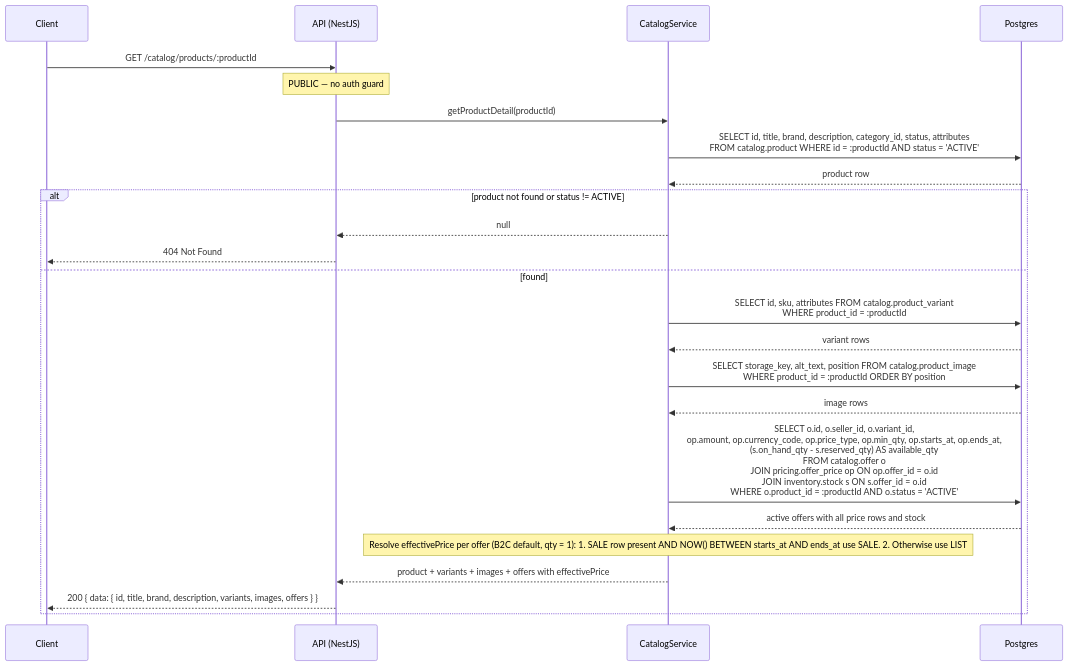
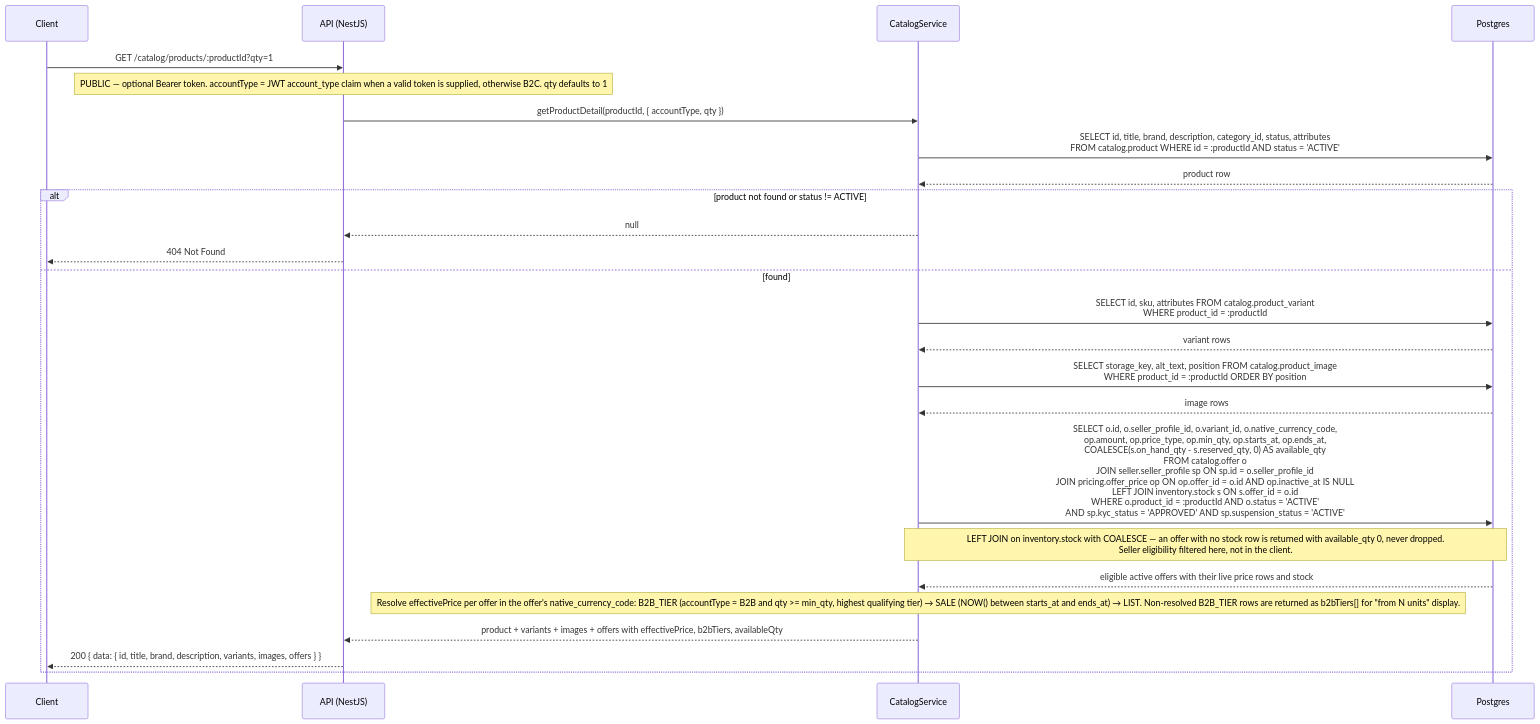
The fourth of 5 diagrams in phase-1/technical-design/api-design/catalog.md (alisa-uthi/aliceut-ecom-document), drawn with Mermaid before and after one commit. The commit also changed other lines of this file and 73 other files, not shown here.

````diff
--- a/phase-1/technical-design/api-design/catalog.md
+++ b/phase-1/technical-design/api-design/catalog.md
@@ -222,27 +243,28 @@
 ```mermaid
 sequenceDiagram
     participant Client
     participant API as API (NestJS)
     participant CatalogService
     participant Postgres
 
-    Client->>API: GET /catalog/products/:productId
-    Note over API: PUBLIC — no auth guard
-    API->>CatalogService: getProductDetail(productId)
+    Client->>API: GET /catalog/products/:productId?qty=1
+    Note over API: PUBLIC — optional Bearer token. accountType = JWT account_type claim when a valid token is supplied, otherwise B2C. qty defaults to 1
+    API->>CatalogService: getProductDetail(productId, { accountType, qty })
     CatalogService->>Postgres: SELECT id, title, brand, description, category_id, status, attributes<br/>FROM catalog.product WHERE id = :productId AND status = 'ACTIVE'
     Postgres-->>CatalogService: product row
     alt product not found or status != ACTIVE
         CatalogService-->>API: null
         API-->>Client: 404 Not Found
     else found
         CatalogService->>Postgres: SELECT id, sku, attributes FROM catalog.product_variant<br/>WHERE product_id = :productId
         Postgres-->>CatalogService: variant rows
         CatalogService->>Postgres: SELECT storage_key, alt_text, position FROM catalog.product_image<br/>WHERE product_id = :productId ORDER BY position
         Postgres-->>CatalogService: image rows
-        CatalogService->>Postgres: SELECT o.id, o.seller_id, o.variant_id,<br/>op.amount, op.currency_code, op.price_type, op.min_qty, op.starts_at, op.ends_at,<br/>(s.on_hand_qty - s.reserved_qty) AS available_qty<br/>FROM catalog.offer o<br/>JOIN pricing.offer_price op ON op.offer_id = o.id<br/>JOIN inventory.stock s ON s.offer_id = o.id<br/>WHERE o.product_id = :productId AND o.status = 'ACTIVE'
-        Postgres-->>CatalogService: active offers with all price rows and stock
-        Note over CatalogService: Resolve effectivePrice per offer (B2C default, qty = 1): 1. SALE row present AND NOW() BETWEEN starts_at AND ends_at use SALE. 2. Otherwise use LIST
-        CatalogService-->>API: product + variants + images + offers with effectivePrice
+        CatalogService->>Postgres: SELECT o.id, o.seller_profile_id, o.variant_id, o.native_currency_code,<br/>op.amount, op.price_type, op.min_qty, op.starts_at, op.ends_at,<br/>COALESCE(s.on_hand_qty - s.reserved_qty, 0) AS available_qty<br/>FROM catalog.offer o<br/>JOIN seller.seller_profile sp ON sp.id = o.seller_profile_id<br/>JOIN pricing.offer_price op ON op.offer_id = o.id AND op.inactive_at IS NULL<br/>LEFT JOIN inventory.stock s ON s.offer_id = o.id<br/>WHERE o.product_id = :productId AND o.status = 'ACTIVE'<br/>AND sp.kyc_status = 'APPROVED' AND sp.suspension_status = 'ACTIVE'
+        Note over CatalogService,Postgres: LEFT JOIN on inventory.stock with COALESCE — an offer with no stock row is returned with available_qty 0, never dropped.<br/>Seller eligibility filtered here, not in the client.
+        Postgres-->>CatalogService: eligible active offers with their live price rows and stock
+        Note over CatalogService: Resolve effectivePrice per offer in the offer's native_currency_code: B2B_TIER (accountType = B2B and qty >= min_qty, highest qualifying tier) → SALE (NOW() between starts_at and ends_at) → LIST. Non-resolved B2B_TIER rows are returned as b2bTiers[] for "from N units" display.
+        CatalogService-->>API: product + variants + images + offers with effectivePrice, b2bTiers, availableQty
         API-->>Client: 200 { data: { id, title, brand, description, variants, images, offers } }
     end
 ```
````
